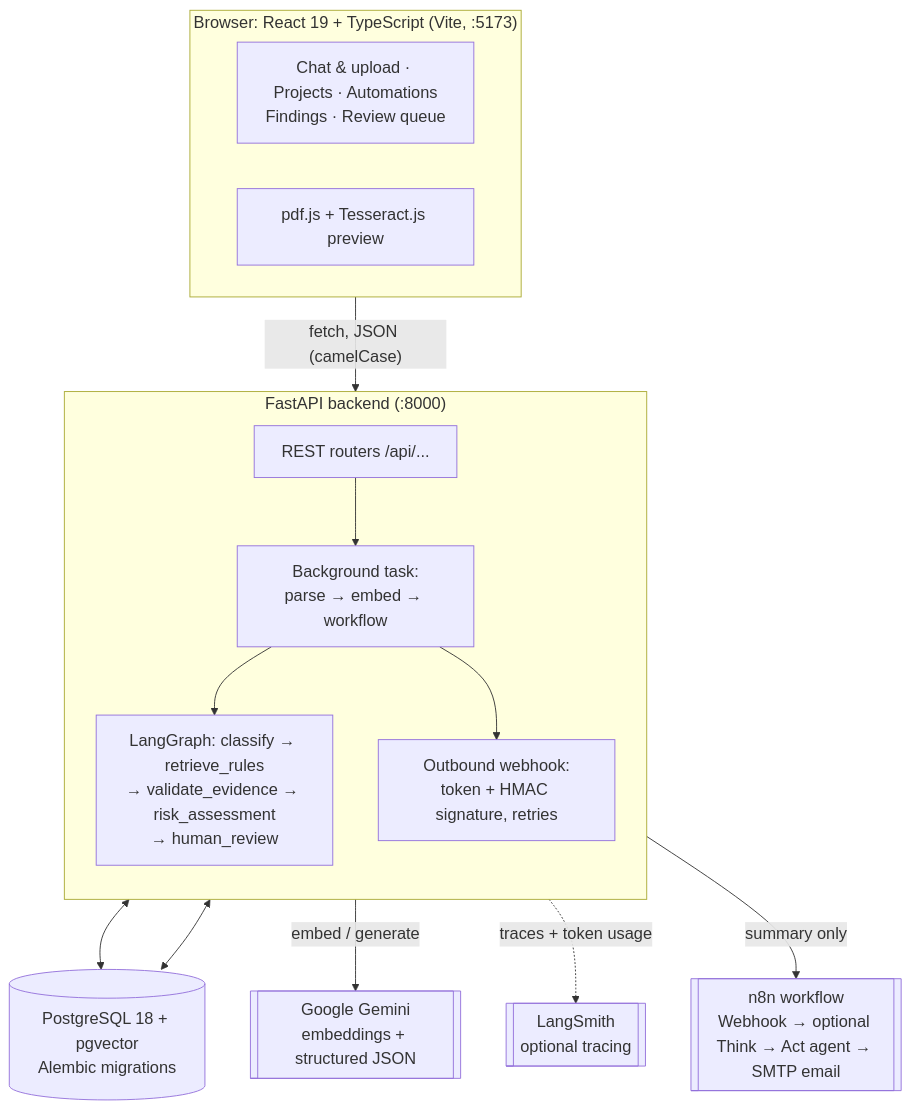
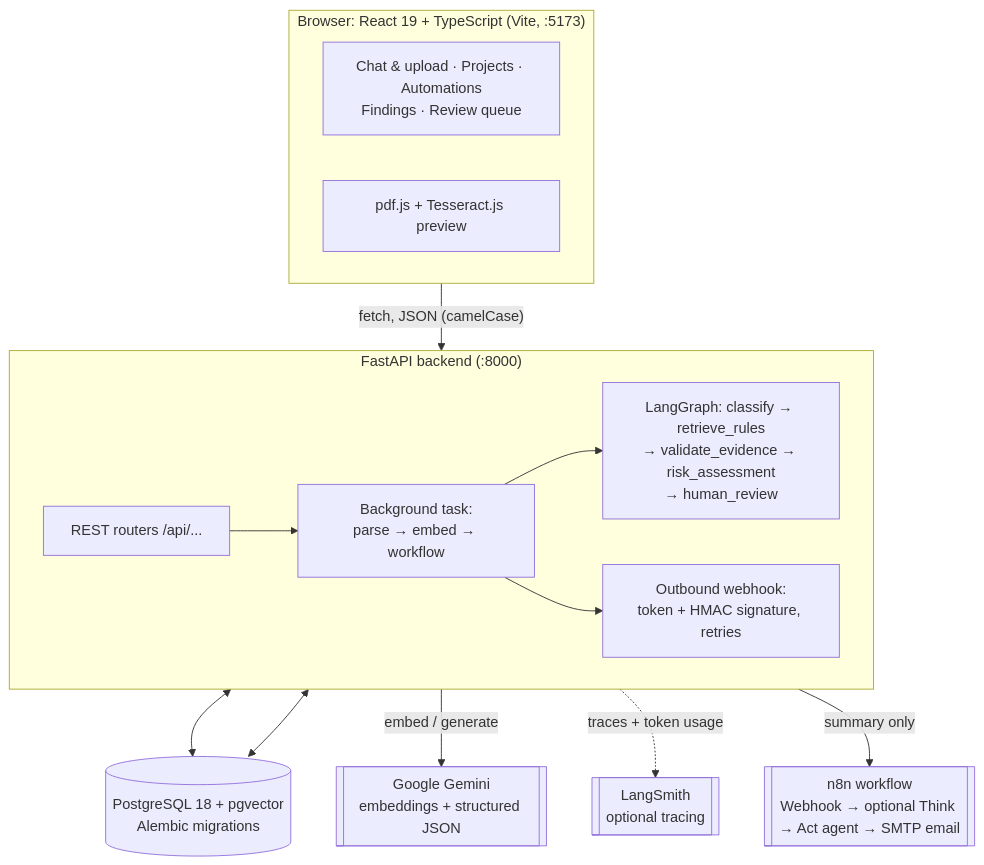
One commit to Abhinav-git1/FiberDoc_AI changed the diagram in README.md. Above: the diagram before and after it, drawn with Mermaid. The commit also changed 2 other files, not shown here.

Commit message:
Tone the diagrams down: default font, pipeline left to right, server boxes side by side

````diff
--- a/README.md
+++ b/README.md
@@ -53,31 +53,30 @@
 ```mermaid
-%%{init: {"themeVariables": {"fontSize": "18px"}}}%%
 flowchart TB
   subgraph Browser["Browser: React 19 + TypeScript (Vite, :5173)"]
     direction LR
     UI[Chat & upload · Projects · Automations<br/>Findings · Review queue]
     OCR[pdf.js + Tesseract.js preview]
   end
 
   subgraph API["FastAPI backend (:8000)"]
-    direction TB
+    direction LR
     R[REST routers /api/...]
     BG[Background task:<br/>parse → embed → workflow]
     WF[LangGraph: classify → retrieve_rules<br/>→ validate_evidence → risk_assessment<br/>→ human_review]
     N[Outbound webhook:<br/>token + HMAC signature, retries]
     R --> BG --> WF
     BG --> N
   end
 
   DB[(PostgreSQL 18 + pgvector<br/>Alembic migrations)]
   GEM[[Google Gemini<br/>embeddings + structured JSON]]
   LS[[LangSmith<br/>optional tracing]]
   N8N[[n8n workflow<br/>Webhook → optional Think → Act agent → SMTP email]]
 
   UI -- "fetch, JSON (camelCase)" --> R
   WF <--> DB
   R <--> DB
   WF -- "embed / generate" --> GEM
   WF -.traces + token usage.-> LS
   N -- "summary only" --> N8N
 ```
````
